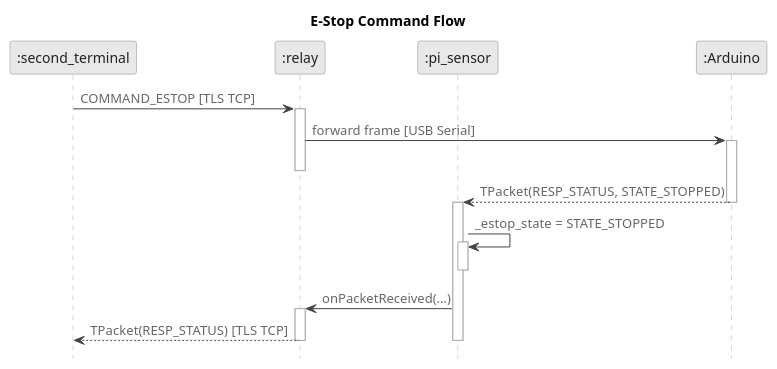
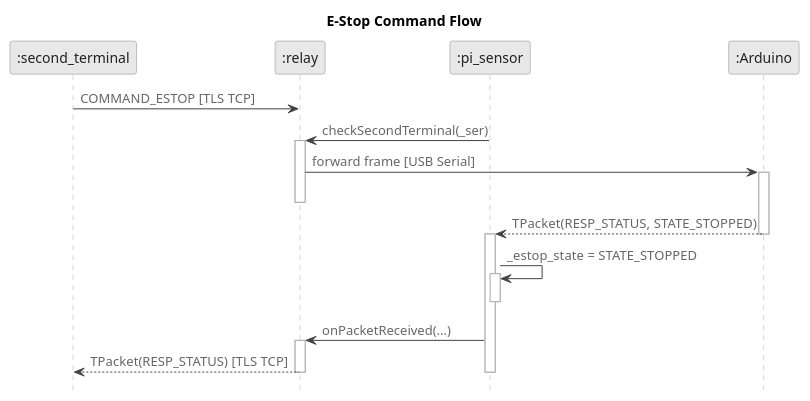
The diagram in code1/diagrams/estop.puml (vanillashake17/epp2-updated), drawn with PlantUML before and after one commit. The commit also changed 1 other file, not shown here.

Commit message:
fix(diagrams): remove RESP_OK from estop flow

```diff
--- a/code1/diagrams/estop.puml
+++ b/code1/diagrams/estop.puml
@@ -1,45 +1,47 @@
 @startuml seq_estop
 skinparam backgroundColor white
 skinparam defaultFontName "Helvetica"
 skinparam sequenceArrowColor #444444
 skinparam sequenceArrowFontColor #666666
 skinparam sequenceLifeLineBorderColor #aaaaaa
 skinparam sequenceLifeLineBackgroundColor white
 skinparam participantBackgroundColor #e8e8e8
 skinparam participantBorderColor #888888
 skinparam participantFontColor #222222
 skinparam activationBarBackgroundColor #d0d0d0
 skinparam activationBarBorderColor #888888
 skinparam noteBackgroundColor #f0f0f0
 skinparam noteBorderColor #aaaaaa
 skinparam noteFontColor #333333
 hide footbox
 
 title E-Stop Command Flow
 
 participant ":second_terminal" as st
 participant ":relay" as relay
 participant ":pi_sensor" as pi
 participant ":Arduino" as ard
 
 st -> relay : COMMAND_ESTOP [TLS TCP]
+
+pi -> relay : checkSecondTerminal(_ser)
 activate relay
 relay -> ard : forward frame [USB Serial]
 activate ard
 deactivate relay
 
 ard --> pi : TPacket(RESP_STATUS, STATE_STOPPED)
 deactivate ard
 
 activate pi
 pi -> pi : _estop_state = STATE_STOPPED
 activate pi
 deactivate pi
 
 pi -> relay : onPacketReceived(...)
 activate relay
 relay --> st : TPacket(RESP_STATUS) [TLS TCP]
 deactivate relay
 deactivate pi
 
 @enduml
```
